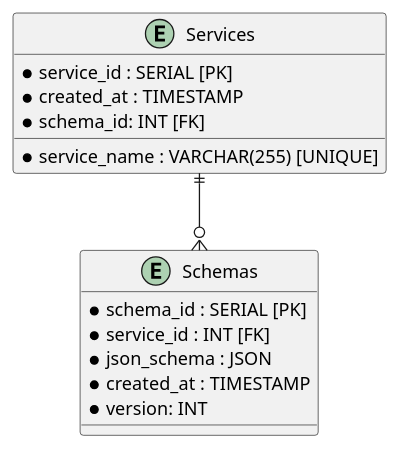
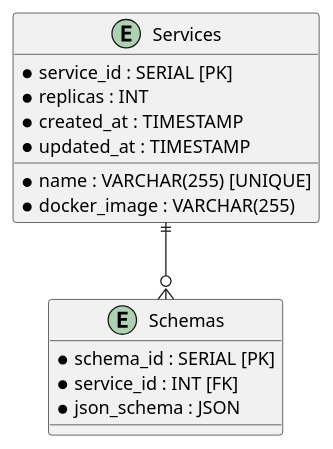
Before and after one commit to fanglores/Advanced-Software-Design: the diagram in PracticeTasks/Module2/Task_11/OpenAPIGenerator_DB.puml, drawn with PlantUML. The commit also changed 3 other files, not shown here.

```diff
--- a/PracticeTasks/Module2/Task_11/OpenAPIGenerator_DB.puml
+++ b/PracticeTasks/Module2/Task_11/OpenAPIGenerator_DB.puml
@@ -1,18 +1,18 @@
 @startuml
 entity "Services" {
     * service_id : SERIAL [PK]
-    * service_name : VARCHAR(255) [UNIQUE]
+    * name : VARCHAR(255) [UNIQUE]
+    * docker_image : VARCHAR(255)
+    * replicas : INT
     * created_at : TIMESTAMP
-    * schema_id: INT [FK]
+    * updated_at : TIMESTAMP
 }
 
 entity "Schemas" {
     * schema_id : SERIAL [PK]
     * service_id : INT [FK]
     * json_schema : JSON
-    * created_at : TIMESTAMP
-    * version: INT
 }
 
 Services ||--o{ Schemas
 @enduml
```
